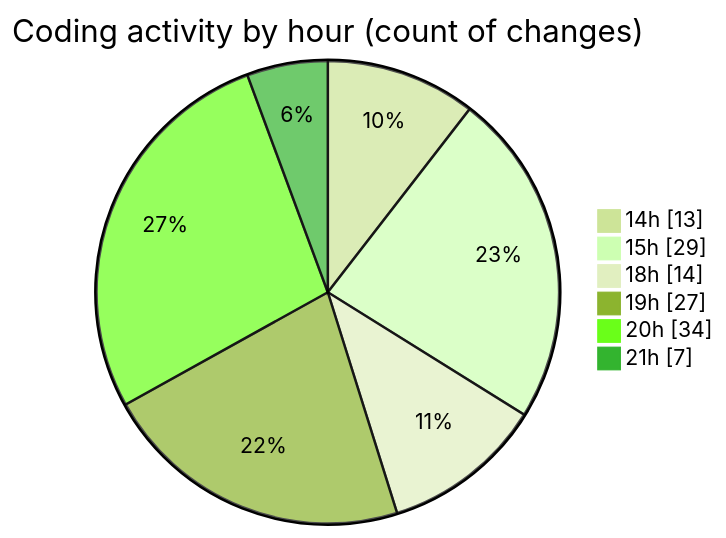
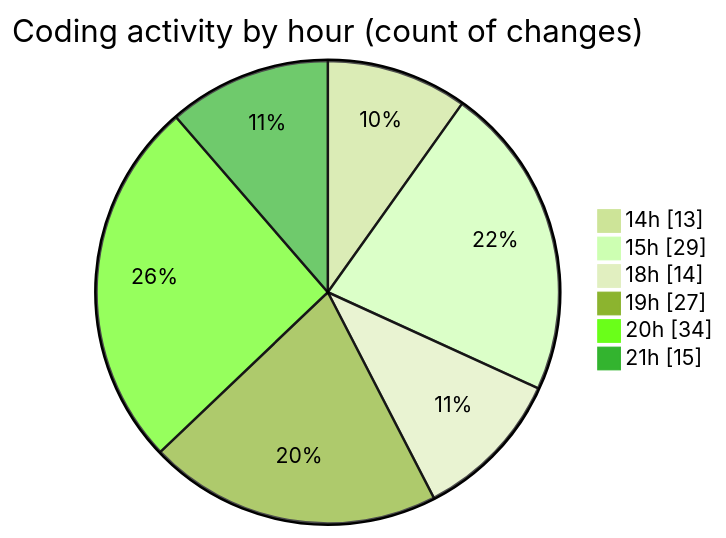
One commit to Ritupan-Deka/code-tracking changed the second of 2 diagrams in 2025-06-23/scopecraft/README.md. Above: the diagram before and after it, drawn with Mermaid (forest theme). The commit also changed other lines of this file and 1 other file, not shown here.

````diff
--- a/2025-06-23/scopecraft/README.md
+++ b/2025-06-23/scopecraft/README.md
@@ -55,10 +55,10 @@
 ```mermaid
 pie showData
 title Coding activity by hour (count of changes)
 "14h" : 13
 "15h" : 29
 "18h" : 14
 "19h" : 27
 "20h" : 34
-"21h" : 7
+"21h" : 15
 ```
````
